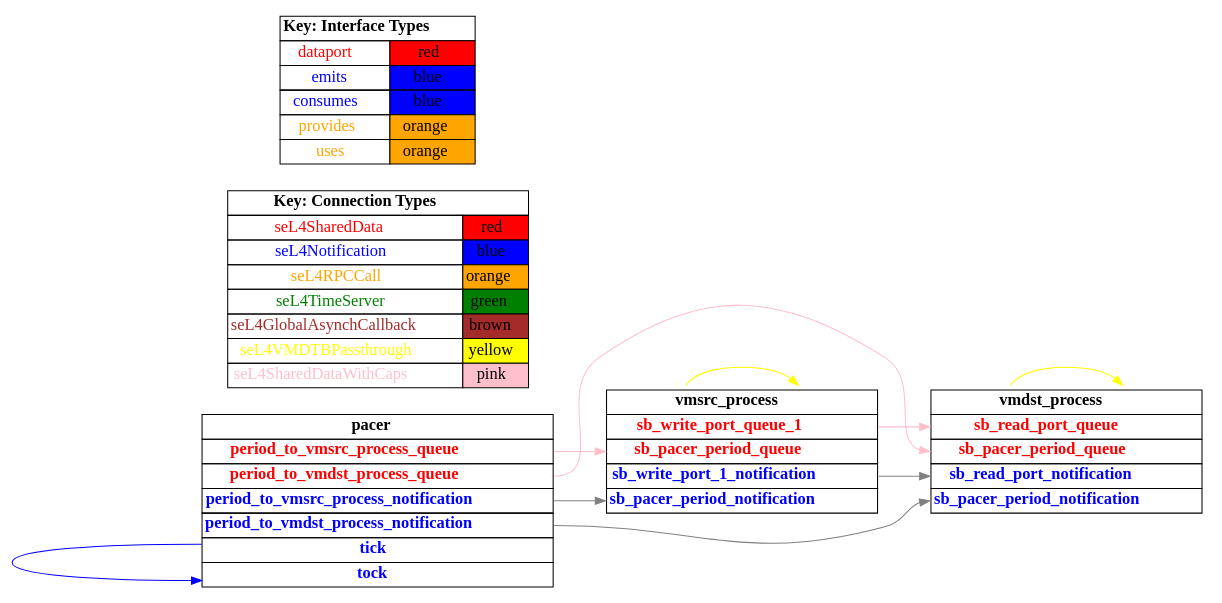
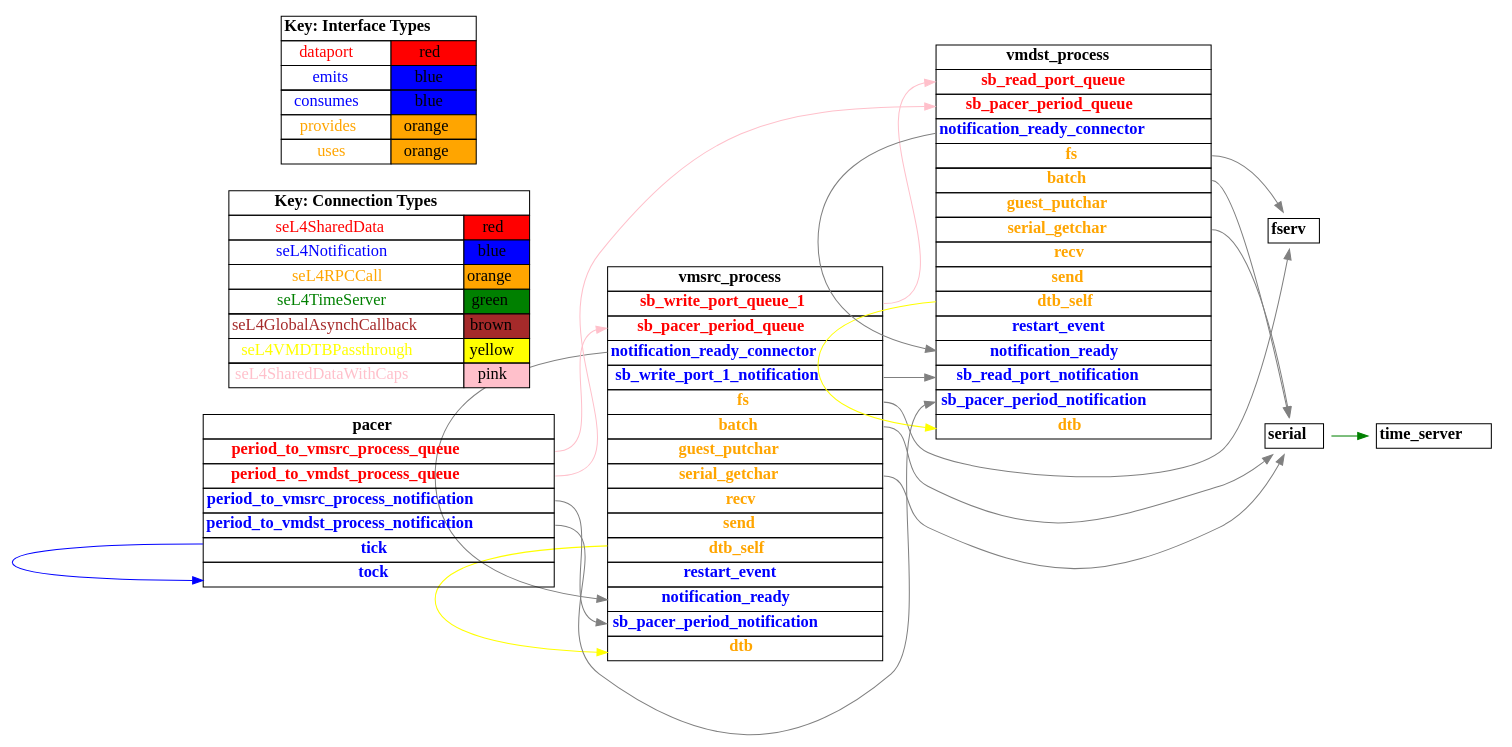
Before and after one commit to loonwerks/CASE: the diagram in TA5/tool-evaluation-4/HAMR/examples/test_event_data_port_periodic_domains_VM/both_vm/CAmkES_seL4/src/c/CAmkES_seL4/graph_simple.dot, drawn with Graphviz. The commit also changed 1372 other files, not shown here.

```diff
--- a/TA5/tool-evaluation-4/HAMR/examples/test_event_data_port_periodic_domains_VM/both_vm/CAmkES_seL4/src/c/CAmkES_seL4/graph_simple.dot
+++ b/TA5/tool-evaluation-4/HAMR/examples/test_event_data_port_periodic_domains_VM/both_vm/CAmkES_seL4/src/c/CAmkES_seL4/graph_simple.dot
@@ -16,8 +16,46 @@
       <TR><TD><B>vmsrc_process</B></TD></TR>
       <TR><TD PORT="sb_write_port_queue_1"><FONT COLOR="red"><B>sb_write_port_queue_1</B></FONT></TD></TR>
       <TR><TD PORT="sb_pacer_period_queue"><FONT COLOR="red"><B>sb_pacer_period_queue</B></FONT></TD></TR>
+      <TR><TD PORT="notification_ready_connector"><FONT COLOR="blue"><B>notification_ready_connector</B></FONT></TD></TR>
       <TR><TD PORT="sb_write_port_1_notification"><FONT COLOR="blue"><B>sb_write_port_1_notification</B></FONT></TD></TR>
-      <TR><TD PORT="sb_pacer_period_notification"><FONT COLOR="blue"><B>sb_pacer_period_notification</B></FONT></TD></TR>"
+      <TR><TD PORT="fs"><FONT COLOR="orange"><B>fs</B></FONT></TD></TR>
+      <TR><TD PORT="batch"><FONT COLOR="orange"><B>batch</B></FONT></TD></TR>
+      <TR><TD PORT="guest_putchar"><FONT COLOR="orange"><B>guest_putchar</B></FONT></TD></TR>
+      <TR><TD PORT="serial_getchar"><FONT COLOR="orange"><B>serial_getchar</B></FONT></TD></TR>
+      <TR><TD PORT="recv"><FONT COLOR="orange"><B>recv</B></FONT></TD></TR>
+      <TR><TD PORT="send"><FONT COLOR="orange"><B>send</B></FONT></TD></TR>
+      <TR><TD PORT="dtb_self"><FONT COLOR="orange"><B>dtb_self</B></FONT></TD></TR>
+      <TR><TD PORT="restart_event"><FONT COLOR="blue"><B>restart_event</B></FONT></TD></TR>
+      <TR><TD PORT="notification_ready"><FONT COLOR="blue"><B>notification_ready</B></FONT></TD></TR>
+      <TR><TD PORT="sb_pacer_period_notification"><FONT COLOR="blue"><B>sb_pacer_period_notification</B></FONT></TD></TR>
+      <TR><TD PORT="dtb"><FONT COLOR="orange"><B>dtb</B></FONT></TD></TR>"
+    </TABLE>
+  >
+  shape=plaintext
+];
+
+fserv [
+  label=<
+    <TABLE BORDER="0" CELLBORDER="1" CELLSPACING="0">
+      <TR><TD><B>fserv</B></TD></TR>"
+    </TABLE>
+  >
+  shape=plaintext
+];
+
+serial [
+  label=<
+    <TABLE BORDER="0" CELLBORDER="1" CELLSPACING="0">
+      <TR><TD><B>serial</B></TD></TR>"
+    </TABLE>
+  >
+  shape=plaintext
+];
+
+time_server [
+  label=<
+    <TABLE BORDER="0" CELLBORDER="1" CELLSPACING="0">
+      <TR><TD><B>time_server</B></TD></TR>"
     </TABLE>
   >
   shape=plaintext
@@ -29,8 +67,19 @@
       <TR><TD><B>vmdst_process</B></TD></TR>
       <TR><TD PORT="sb_read_port_queue"><FONT COLOR="red"><B>sb_read_port_queue</B></FONT></TD></TR>
       <TR><TD PORT="sb_pacer_period_queue"><FONT COLOR="red"><B>sb_pacer_period_queue</B></FONT></TD></TR>
+      <TR><TD PORT="notification_ready_connector"><FONT COLOR="blue"><B>notification_ready_connector</B></FONT></TD></TR>
+      <TR><TD PORT="fs"><FONT COLOR="orange"><B>fs</B></FONT></TD></TR>
+      <TR><TD PORT="batch"><FONT COLOR="orange"><B>batch</B></FONT></TD></TR>
+      <TR><TD PORT="guest_putchar"><FONT COLOR="orange"><B>guest_putchar</B></FONT></TD></TR>
+      <TR><TD PORT="serial_getchar"><FONT COLOR="orange"><B>serial_getchar</B></FONT></TD></TR>
+      <TR><TD PORT="recv"><FONT COLOR="orange"><B>recv</B></FONT></TD></TR>
+      <TR><TD PORT="send"><FONT COLOR="orange"><B>send</B></FONT></TD></TR>
+      <TR><TD PORT="dtb_self"><FONT COLOR="orange"><B>dtb_self</B></FONT></TD></TR>
+      <TR><TD PORT="restart_event"><FONT COLOR="blue"><B>restart_event</B></FONT></TD></TR>
+      <TR><TD PORT="notification_ready"><FONT COLOR="blue"><B>notification_ready</B></FONT></TD></TR>
       <TR><TD PORT="sb_read_port_notification"><FONT COLOR="blue"><B>sb_read_port_notification</B></FONT></TD></TR>
-      <TR><TD PORT="sb_pacer_period_notification"><FONT COLOR="blue"><B>sb_pacer_period_notification</B></FONT></TD></TR>"
+      <TR><TD PORT="sb_pacer_period_notification"><FONT COLOR="blue"><B>sb_pacer_period_notification</B></FONT></TD></TR>
+      <TR><TD PORT="dtb"><FONT COLOR="orange"><B>dtb</B></FONT></TD></TR>"
     </TABLE>
   >
   shape=plaintext
@@ -88,10 +137,73 @@
 
 ];
 
+"vmsrc_process":fs -> "fserv":fs_ctrl [
+  color="grey"
+  //label = "seL4RPCDataport"
+  id = fsvmsrc_process
+
+];
+
+"vmsrc_process":notification_ready_connector -> "vmsrc_process":notification_ready [
+  color="grey"
+  //label = "seL4GlobalAsynch"
+  id = notify_ready_vmsrc_process
+
+];
+
+"serial":timeout -> "time_server":the_timer [
+  color="green"
+  //label = "seL4TimeServer"
+  id = serialserver_timer
+
+];
+
+"vmsrc_process":batch -> "serial":processed_batch [
+  color="grey"
+  //label = "seL4SerialServer"
+  id = serial_vmsrc_process
+
+];
+
+"vmsrc_process":serial_getchar -> "serial":getchar [
+  color="grey"
+  //label = "seL4SerialServer"
+  id = serial_input_vmsrc_process
+
+];
+
 "vmdst_process":dtb_self -> "vmdst_process":dtb [
   color="yellow"
   //label = "seL4VMDTBPassthrough"
   id = conn2
+
+];
+
+"vmdst_process":fs -> "fserv":fs_ctrl [
+  color="grey"
+  //label = "seL4RPCDataport"
+  id = fsvmdst_process
+
+];
+
+"vmdst_process":notification_ready_connector -> "vmdst_process":notification_ready [
+  color="grey"
+  //label = "seL4GlobalAsynch"
+  id = notify_ready_vmdst_process
+
+];
+
+"vmdst_process":batch -> "serial":processed_batch [
+  color="grey"
+  //label = "seL4SerialServer"
+  id = serial_vmdst_process
+
+];
+
+"vmdst_process":serial_getchar -> "serial":getchar [
+  color="grey"
+  //label = "seL4SerialServer"
+  id = serial_input_vmdst_process
 
 ];
 
```
